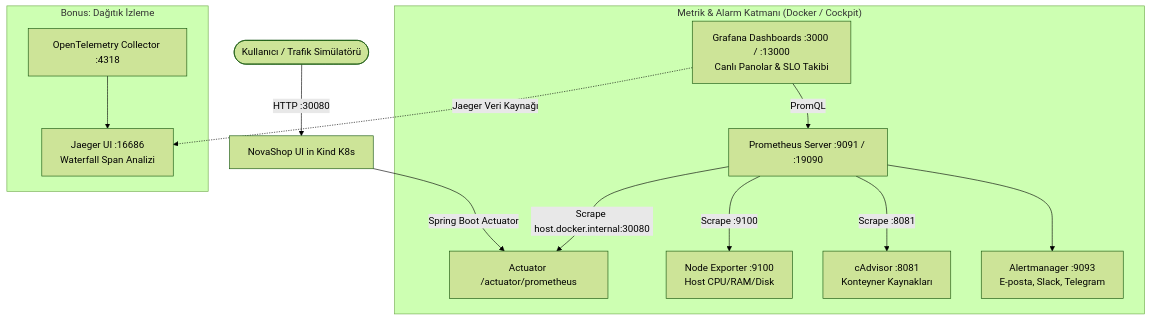
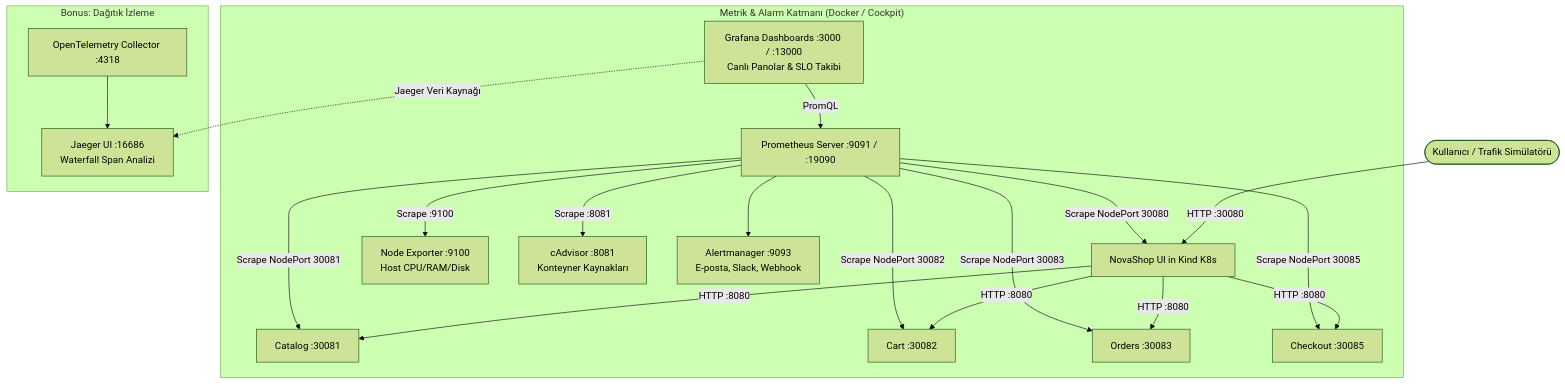
The diagram in labs/LAB-10/README.md (devopsatolyesi-labs/novashop), drawn with Mermaid (forest theme) before and after one commit. The commit also changed other lines of this file and 16 other files, not shown here.

````diff
--- a/labs/LAB-10/README.md
+++ b/labs/LAB-10/README.md
@@ -40,19 +66,26 @@
 ```mermaid
 graph TD
     User([Kullanıcı / Trafik Simülatörü]) -->|HTTP :30080| UI[NovaShop UI in Kind K8s]
-    UI -->|Spring Boot Actuator| Metrics[Actuator /actuator/prometheus]
+    UI -->|HTTP :8080| Catalog[Catalog :30081]
+    UI -->|HTTP :8080| Cart[Cart :30082]
+    UI -->|HTTP :8080| Orders[Orders :30083]
+    UI -->|HTTP :8080| Checkout[Checkout :30085]
 
     subgraph Prometheus_Grafana_Katmani ["Metrik & Alarm Katmanı (Docker / Cockpit)"]
-        Prometheus[Prometheus Server :9091 / :19090] -->|Scrape host.docker.internal:30080| Metrics
+        Prometheus[Prometheus Server :9091 / :19090] -->|Scrape NodePort 30080| UI
+        Prometheus -->|Scrape NodePort 30081| Catalog
+        Prometheus -->|Scrape NodePort 30082| Cart
+        Prometheus -->|Scrape NodePort 30083| Orders
+        Prometheus -->|Scrape NodePort 30085| Checkout
         Prometheus -->|Scrape :9100| NodeExp[Node Exporter :9100<br/>Host CPU/RAM/Disk]
         Prometheus -->|Scrape :8081| CAdvisor[cAdvisor :8081<br/>Konteyner Kaynakları]
 
-        Prometheus --> Alertmanager[Alertmanager :9093<br/>E-posta, Slack, Telegram]
+        Prometheus --> Alertmanager[Alertmanager :9093<br/>E-posta, Slack, Webhook]
         Grafana[Grafana Dashboards :3000 / :13000<br/>Canlı Panolar & SLO Takibi] -->|PromQL| Prometheus
     end
 
     subgraph Bonus_Tracing_Katmani ["Bonus: Dağıtık İzleme"]
         OTel[OpenTelemetry Collector :4318] --> Jaeger[Jaeger UI :16686<br/>Waterfall Span Analizi]
         Grafana -.->|Jaeger Veri Kaynağı| Jaeger
     end
 ```
````
